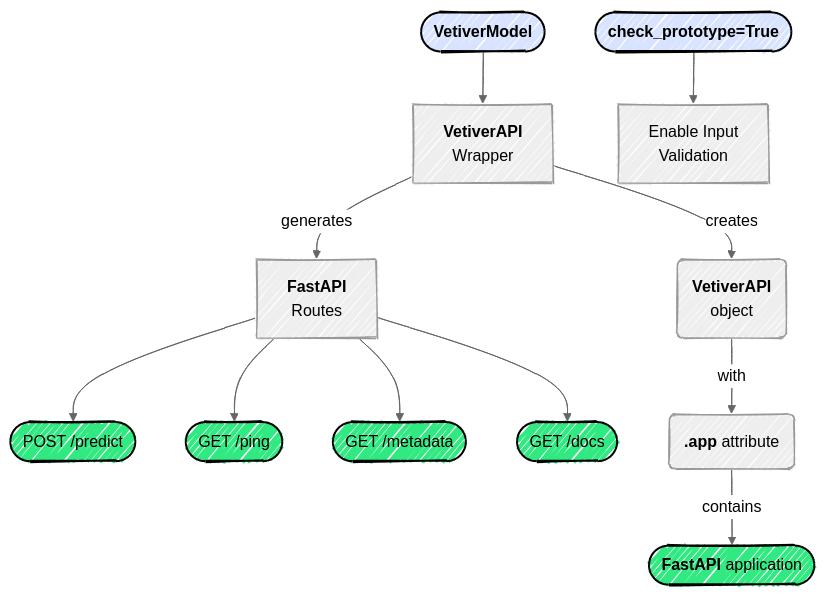
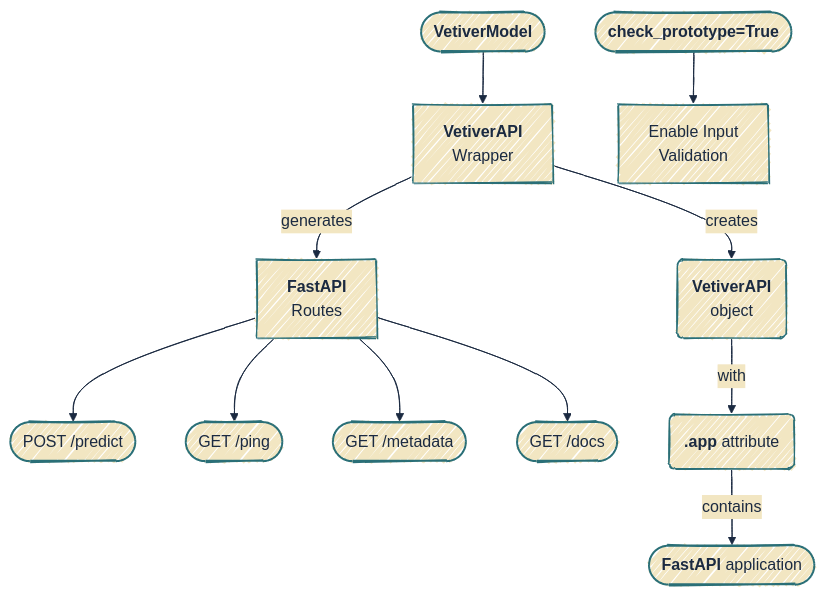
Before and after one commit to mjfrigaard/do4ds-labs: the second of 7 diagrams in py-app-api.qmd, drawn with Mermaid. The commit also changed other lines of this file and 88 other files, not shown here.

````diff
--- a/py-app-api.qmd
+++ b/py-app-api.qmd
@@ -345,30 +345,30 @@
 ```{mermaid}
 %%| fig-cap: 'mod-api.py'
 %%| fig-align: center
-%%{init: {'theme': 'neutral', 'look': 'handDrawn', 'themeVariables': { 'fontFamily': 'monospace', "fontSize":"16px"}}}%%
+%%{init: {'theme': 'base', 'look': 'handDrawn', 'themeVariables': { 'fontFamily': 'monospace', "fontSize":"16px", 'primaryColor': '#F2E6C2', 'primaryBorderColor': '#2A6F77', 'primaryTextColor': '#1B2A41', 'secondaryColor': '#d4e7e4', 'tertiaryColor': '#f5f0e4', 'lineColor': '#1B2A41', 'edgeLabelBackground': '#F2E6C2'}}}%%
 
 graph TB
     Mod(["<strong>VetiverModel</strong>"]) --> VApiCon["<strong>VetiverAPI</strong><br>Wrapper"]
     VApiCon --"generates"--> FastAPI["<strong>FastAPI</strong><br>Routes"]
     
     FastAPI --> Post(["POST /predict"])
     FastAPI --> GetPing(["GET /ping"]) 
     FastAPI --> GetMeta(["GET /metadata"])
     FastAPI --> GetDocs(["GET /docs"])
     
     CheckProt(["<strong>check_prototype=True</strong>"]) --> Input["Enable Input<br>Validation"]
     
     VApiCon --"creates"--> VApiObj("<strong>VetiverAPI</strong><br>object")
     VApiObj --"with"--> AppAttr("<strong>.app</strong> attribute")
     
     AppAttr --"contains"--> FastAPIApp(["<strong>FastAPI</strong> application"])
 
-    style CheckProt fill:#d8e4ff,stroke:#000,color:#000,stroke-width:2px,rx:12,ry:12,font-size:16px
-    style Mod fill:#d8e4ff,stroke:#000,color:#000,stroke-width:2px,rx:12,ry:12,font-size:16px
+    style CheckProt stroke-width:2px, rx:12, ry:12, font-size:16px
+    style Mod stroke-width:2px, rx:12, ry:12, font-size:16px
 
-    style Post fill:#31e981,stroke:#000,color:#000,stroke-width:2px,rx:12,ry:12,font-size:16px
-    style GetPing fill:#31e981,stroke:#000,color:#000,stroke-width:2px,rx:12,ry:12,font-size:16px
-    style GetMeta fill:#31e981,stroke:#000,color:#000,stroke-width:2px,rx:12,ry:12,font-size:16px
-    style GetDocs fill:#31e981,stroke:#000,color:#000,stroke-width:2px,rx:12,ry:12,font-size:16px
-    style FastAPIApp fill:#31e981,stroke:#000,color:#000,stroke-width:2px,rx:12,ry:12,font-size:16px
+    style Post stroke-width:2px, rx:12, ry:12, font-size:16px
+    style GetPing stroke-width:2px, rx:12, ry:12, font-size:16px
+    style GetMeta stroke-width:2px, rx:12, ry:12, font-size:16px
+    style GetDocs stroke-width:2px, rx:12, ry:12, font-size:16px
+    style FastAPIApp stroke-width:2px, rx:12, ry:12, font-size:16px
 ```
````
